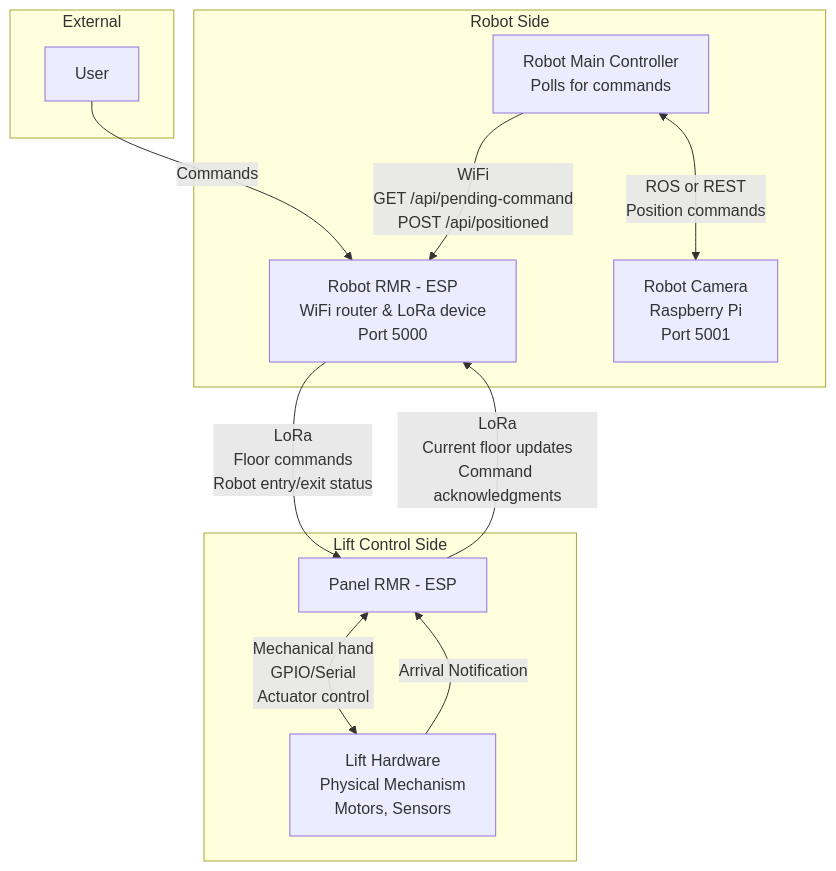
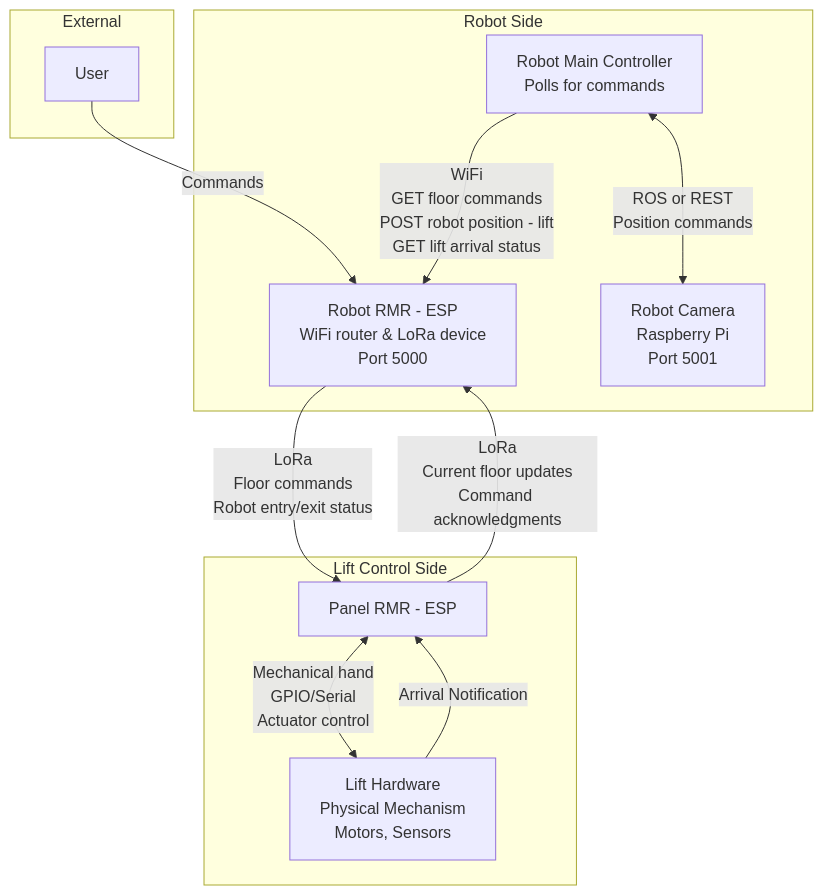
One commit to in-is-ah/rmr changed the second of 2 diagrams in sequence_diagram.md. Above: the diagram before and after it, drawn with Mermaid.

Commit message:
Update WiFi command descriptions in sequence diagram

````diff
--- a/sequence_diagram.md
+++ b/sequence_diagram.md
@@ -76,25 +76,25 @@
 ```mermaid
 graph TB
     subgraph "External"
         User[User]
     end
     
     subgraph "Robot Side"
         RobotRMR[Robot RMR - ESP<br/>WiFi router & LoRa device<br/>Port 5000]
         RobotMainController[Robot Main Controller<br/>Polls for commands]
         RobotCamera[Robot Camera<br/>Raspberry Pi<br/>Port 5001]
     end
     
     subgraph "Lift Control Side"
         PanelRMR[Panel RMR - ESP]
         LiftHardware[Lift Hardware<br/>Physical Mechanism<br/>Motors, Sensors]
     end
     
     User -->|Commands| RobotRMR
-    RobotMainController -->|WiFi<br/>GET /api/pending-command<br/>POST /api/positioned| RobotRMR
+    RobotMainController -->|WiFi<br/>GET floor commands<br/>POST robot position - lift<br/>GET lift arrival status| RobotRMR
     RobotMainController <-->|ROS or REST<br/>Position commands| RobotCamera
     RobotRMR -->|LoRa<br/>Floor commands<br/>Robot entry/exit status| PanelRMR
     PanelRMR -->|LoRa<br/>Current floor updates<br/>Command acknowledgments| RobotRMR
     PanelRMR <-->|Mechanical hand<br/>GPIO/Serial<br/>Actuator control| LiftHardware
     LiftHardware -->|Arrival Notification| PanelRMR
 ```
````
